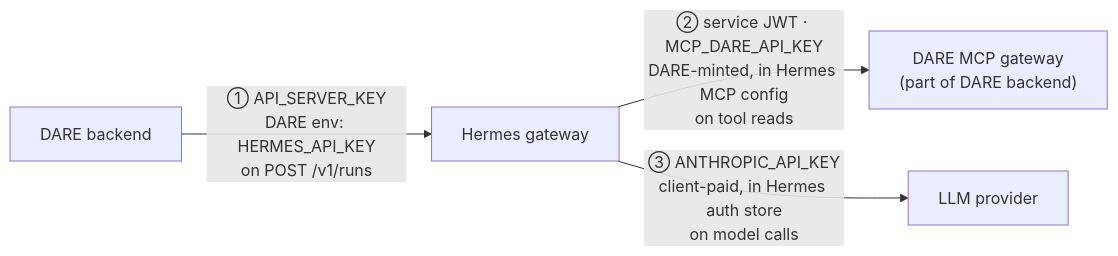
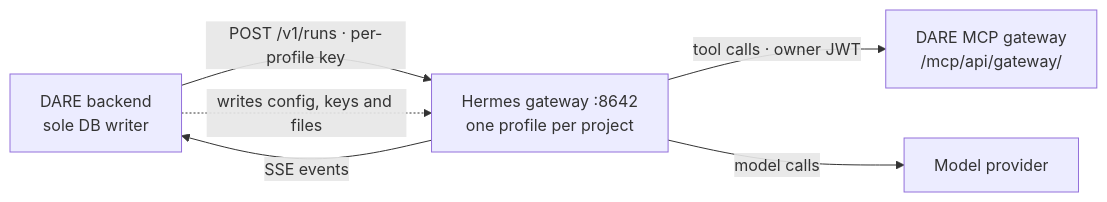
The diagram in docs/deployment/research-mode-hermes.md (cmudco/dare-backend), drawn with Mermaid before and after one commit. The commit also changed other lines of this file and 38 other files, not shown here.

````diff
--- a/docs/deployment/research-mode-hermes.md
+++ b/docs/deployment/research-mode-hermes.md
@@ -82,11 +7,13 @@
 ```mermaid
 flowchart LR
-  DARE["DARE backend"]
-  HERMES["Hermes gateway"]
-  GW["DARE MCP gateway<br/>(part of DARE backend)"]
-  LLM["LLM provider"]
+  DARE["DARE backend<br/>sole DB writer"]
+  HERMES["Hermes gateway :8642<br/>one profile per project"]
+  GW["DARE MCP gateway<br/>/mcp/api/gateway/"]
+  LLM["Model provider"]
 
-  DARE -->|"① API_SERVER_KEY<br/>DARE env: HERMES_API_KEY<br/>on POST /v1/runs"| HERMES
-  HERMES -->|"② service JWT · MCP_DARE_API_KEY<br/>DARE-minted, in Hermes MCP config<br/>on tool reads"| GW
-  HERMES -->|"③ ANTHROPIC_API_KEY<br/>client-paid, in Hermes auth store<br/>on model calls"| LLM
+  DARE -->|"POST /v1/runs · per-profile key"| HERMES
+  HERMES -->|"SSE events"| DARE
+  HERMES -->|"tool calls · owner JWT"| GW
+  HERMES -->|"model calls"| LLM
+  DARE -.->|"writes config, keys and files"| HERMES
 ```
````
